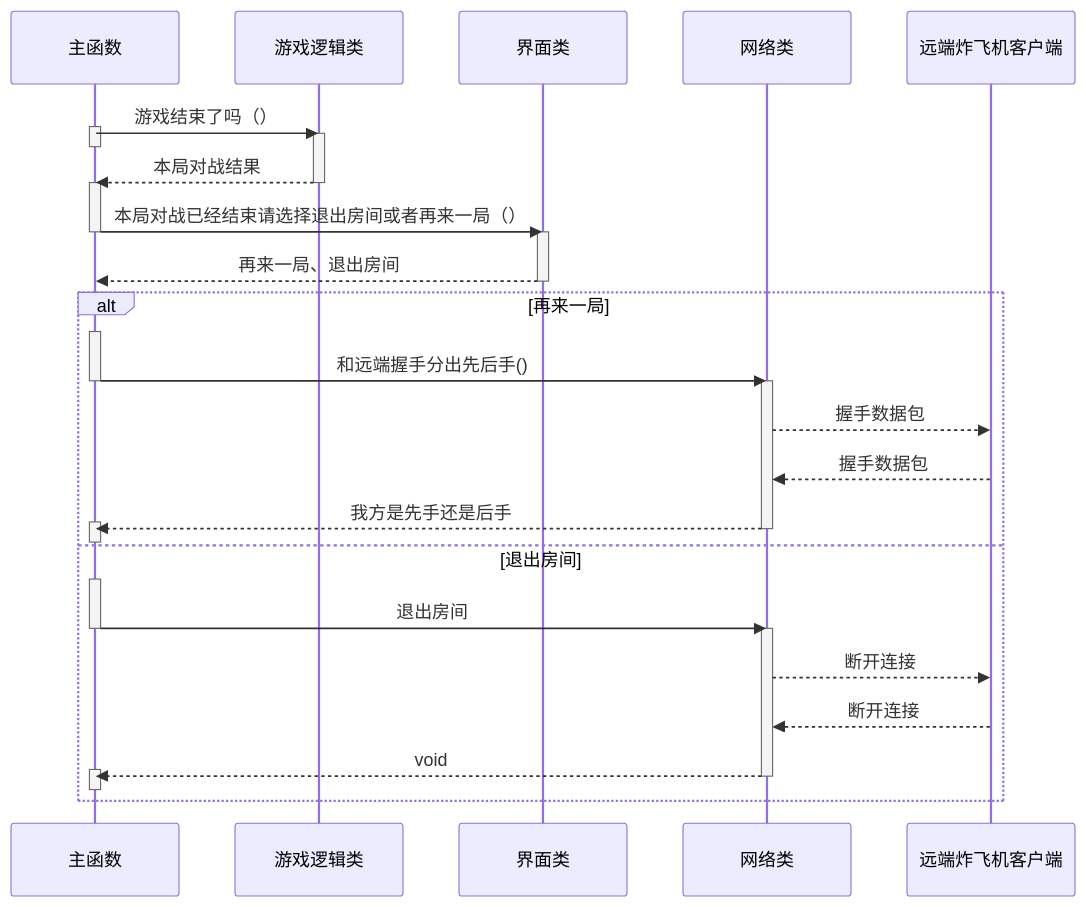
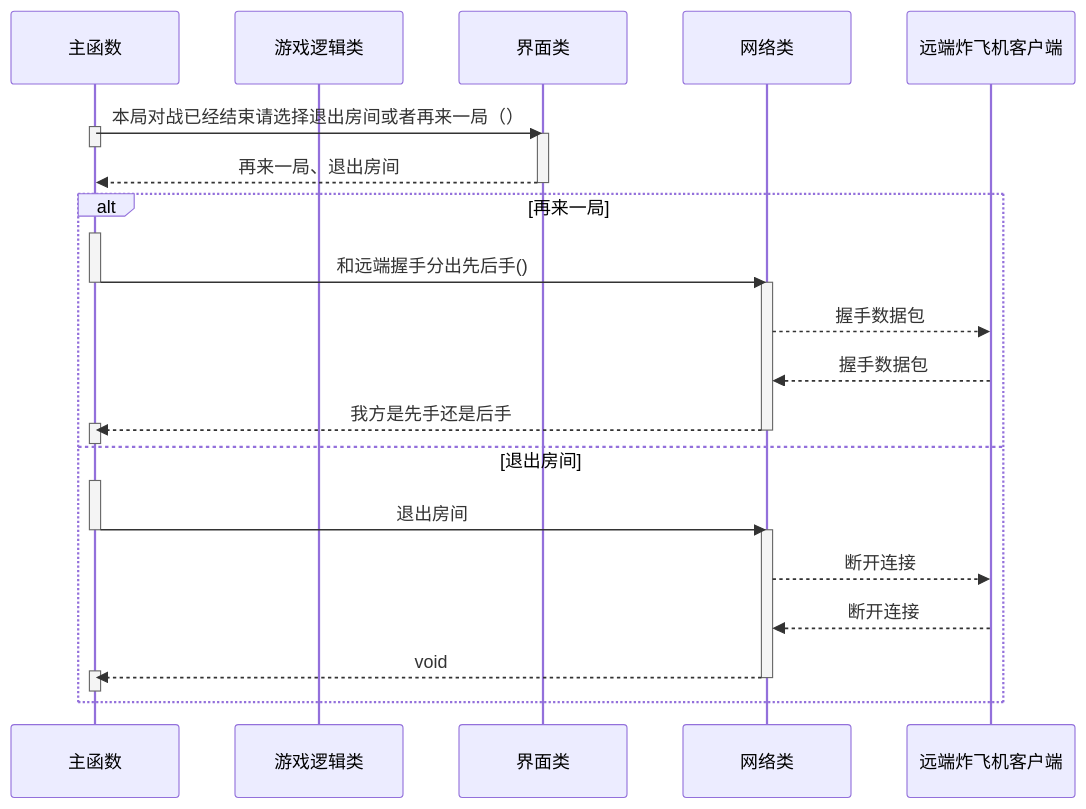
Before and after one commit to li6in9muyou/bomb-airfield-game: the sixth of 6 diagrams in README.md, drawn with Mermaid. The commit also changed other lines of this file, not shown here.

Commit message:
文档：修改了游戏输赢判定的办法

````diff
--- a/README.md
+++ b/README.md
@@ -371,46 +371,40 @@
 ```mermaid
 sequenceDiagram
 
 participant main as 主函数
 participant game as 游戏逻辑类
 participant ui as 界面类
 participant online as 网络类
 participant remote as 远端炸飞机客户端
 
 
-main ->> game: 游戏结束了吗（）
+main ->> ui: 本局对战已经结束请选择退出房间或者再来一局（）
 activate main
-deactivate main
-activate game
-game -->> main: 本局对战结果
-deactivate game
-activate main
-main ->> ui: 本局对战已经结束请选择退出房间或者再来一局（）
 deactivate main
 activate ui
 ui -->> main: 再来一局、退出房间
 deactivate ui
 alt 再来一局
 activate main
 main ->> online: 和远端握手分出先后手()
 deactivate main
 activate online
 online -->> remote: 握手数据包
 remote -->> online: 握手数据包
 online -->> main: 我方是先手还是后手
 deactivate online
 activate main
 deactivate main
 else 退出房间
 activate main
 main ->> online: 退出房间
 deactivate main
 activate online
 online -->> remote: 断开连接
 remote -->> online: 断开连接
 online -->> main: void
 deactivate online
 activate main
 deactivate main
 end
 ```
````
